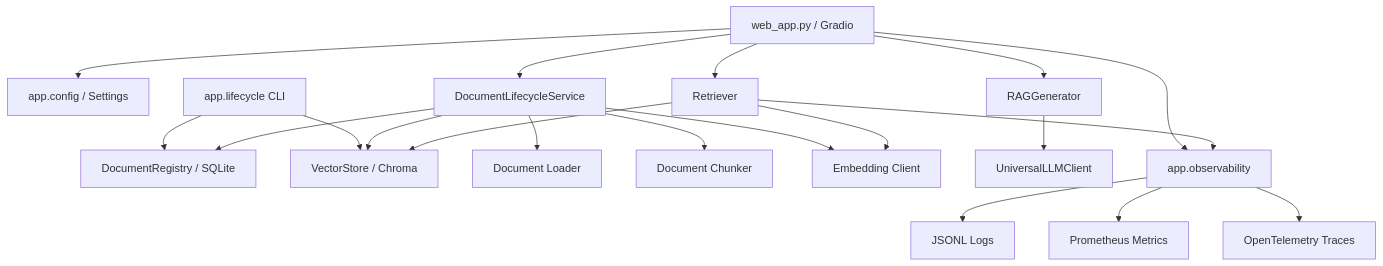
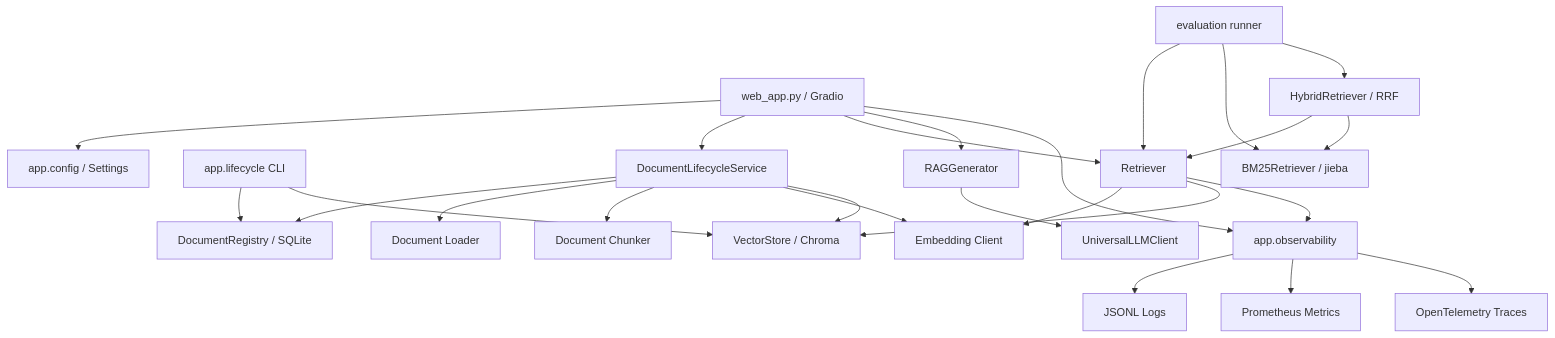
Before and after one commit to Zhou-Jin-Feng/DocuMind: the diagram in ARCHITECTURE.md, drawn with Mermaid. The commit also changed other lines of this file and 34 other files, not shown here.

````diff
--- a/ARCHITECTURE.md
+++ b/ARCHITECTURE.md
@@ -5,22 +5,27 @@
 ```mermaid
 flowchart TD
     UI["web_app.py / Gradio"] --> CFG["app.config / Settings"]
     CLI["app.lifecycle CLI"] --> REG["DocumentRegistry / SQLite"]
     CLI --> VS
     UI --> LC["DocumentLifecycleService"]
     LC --> REG
     LC --> LOAD["Document Loader"]
     LC --> CHUNK["Document Chunker"]
     LC --> EMB["Embedding Client"]
     LC --> VS["VectorStore / Chroma"]
     UI --> RET["Retriever"]
     RET --> EMB
     RET --> VS
+    EVAL["evaluation runner"] --> RET
+    EVAL --> LEX["BM25Retriever / jieba"]
+    EVAL --> HYB["HybridRetriever / RRF"]
+    HYB --> RET
+    HYB --> LEX
     UI --> GEN["RAGGenerator"]
     GEN --> LLM["UniversalLLMClient"]
     UI --> OBS["app.observability"]
     RET --> OBS
     OBS --> LOG["JSONL Logs"]
     OBS --> MET["Prometheus Metrics"]
     OBS --> TRACE["OpenTelemetry Traces"]
 ```
````
